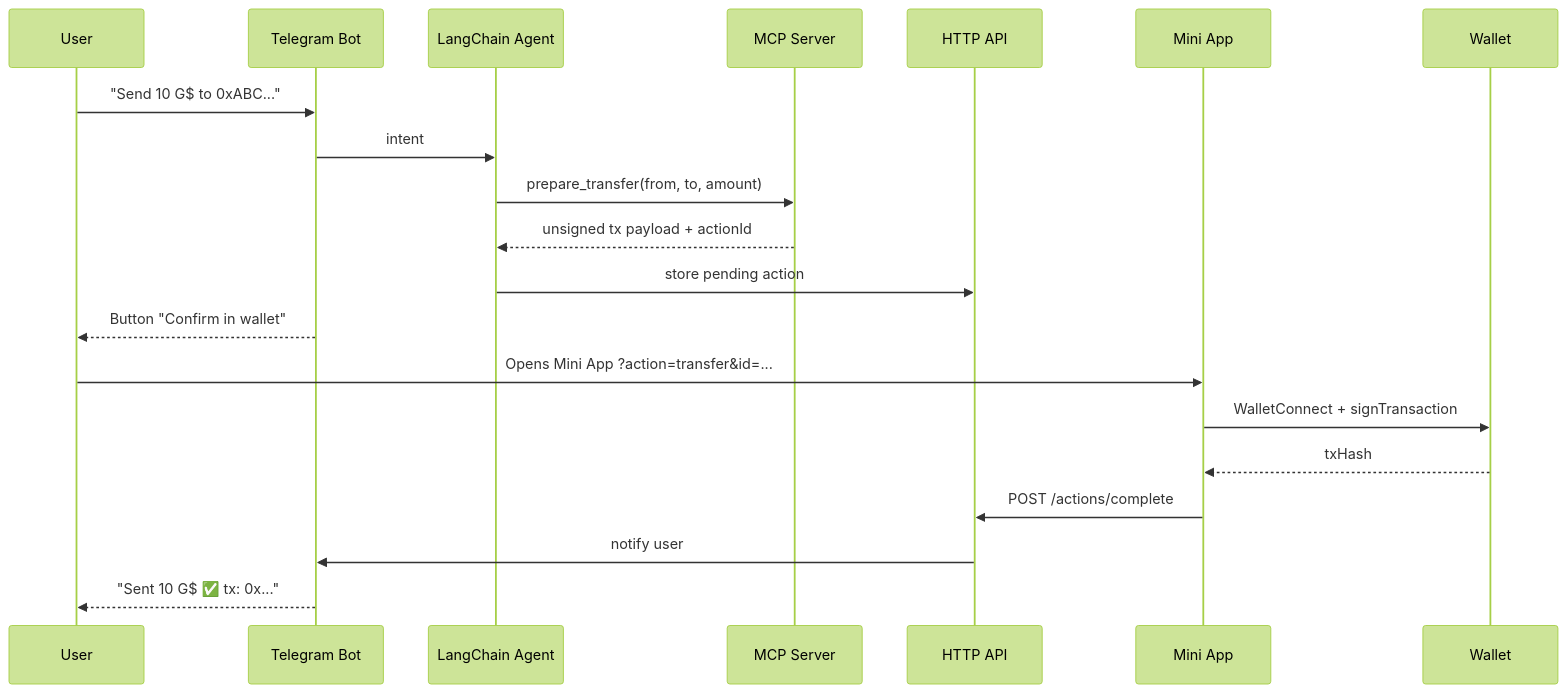
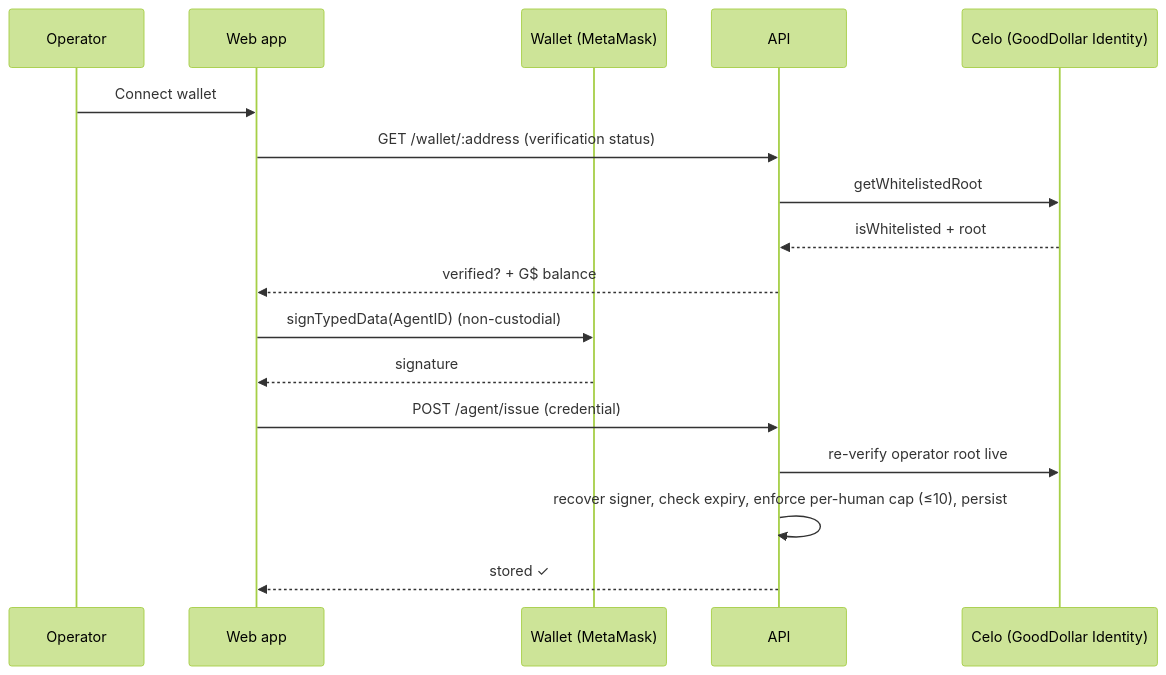
One commit to sam-thetutor/gooddollar-agent-id changed the second of 4 diagrams in docs/02-architecture.md. Above: the diagram before and after it, drawn with Mermaid (forest theme). The commit also changed other lines of this file and 97 other files, not shown here.

First line of the commit message:
feat: GoodDollar Agent ID — deployed ERC-8004 IHumanProofProvider, required G$ bond, repo hygiene

````diff
--- a/docs/02-architecture.md
+++ b/docs/02-architecture.md
@@ -91,23 +64,20 @@
 ```mermaid
 sequenceDiagram
-    participant U as User
-    participant B as Telegram Bot
-    participant A as LangChain Agent
-    participant M as MCP Server
-    participant API as HTTP API
-    participant MA as Mini App
-    participant W as Wallet
+    participant U as Operator
+    participant W as Web app
+    participant WAL as Wallet (MetaMask)
+    participant API as API
+    participant C as Celo (GoodDollar Identity)
 
-    U->>B: "Send 10 G$ to 0xABC..."
-    B->>A: intent
-    A->>M: prepare_transfer(from, to, amount)
-    M-->>A: unsigned tx payload + actionId
-    A->>API: store pending action
-    B-->>U: Button "Confirm in wallet"
-    U->>MA: Opens Mini App ?action=transfer&id=...
-    MA->>W: WalletConnect + signTransaction
-    W-->>MA: txHash
-    MA->>API: POST /actions/complete
-    API->>B: notify user
-    B-->>U: "Sent 10 G$ ✅ tx: 0x..."
+    U->>W: Connect wallet
+    W->>API: GET /wallet/:address (verification status)
+    API->>C: getWhitelistedRoot
+    C-->>API: isWhitelisted + root
+    API-->>W: verified? + G$ balance
+    W->>WAL: signTypedData(AgentID)  (non-custodial)
+    WAL-->>W: signature
+    W->>API: POST /agent/issue (credential)
+    API->>C: re-verify operator root live
+    API->>API: recover signer, check expiry, enforce per-human cap (≤10), persist
+    API-->>W: stored ✓
 ```
````
